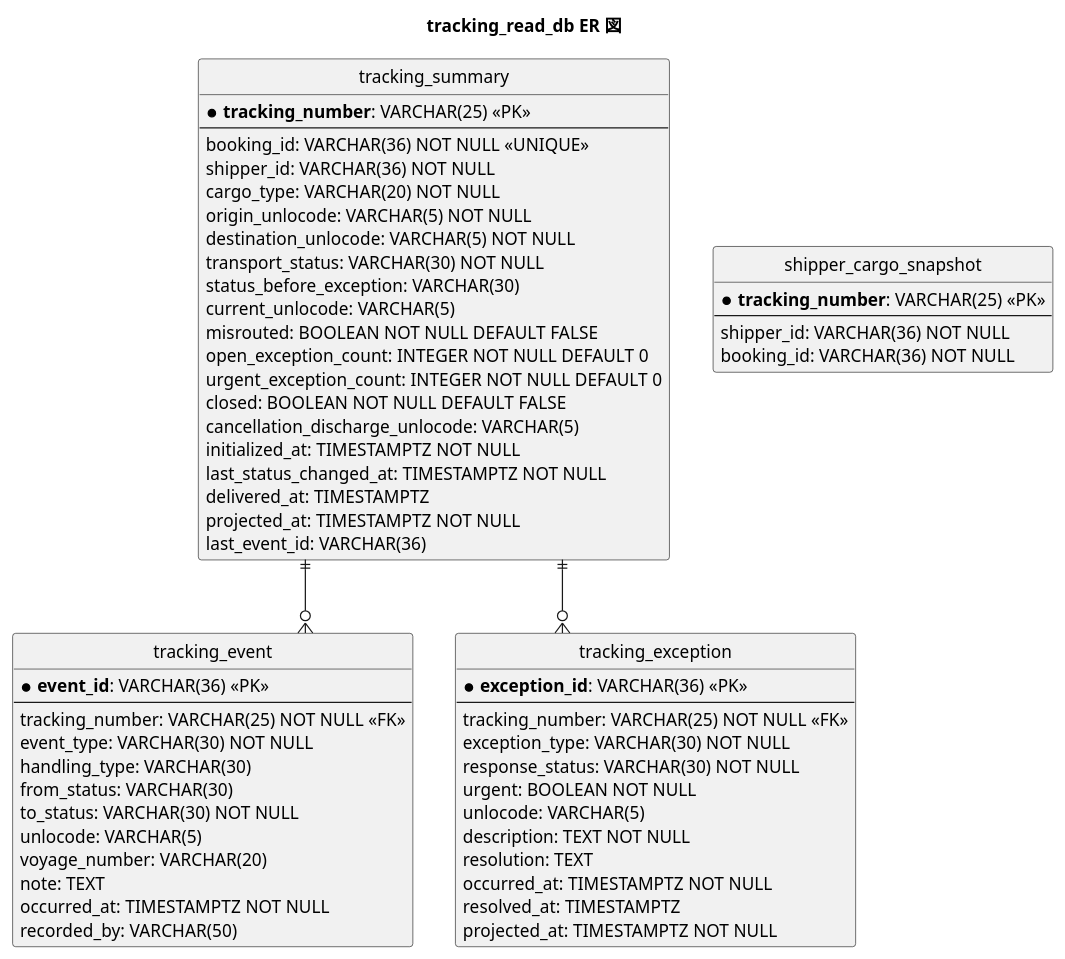
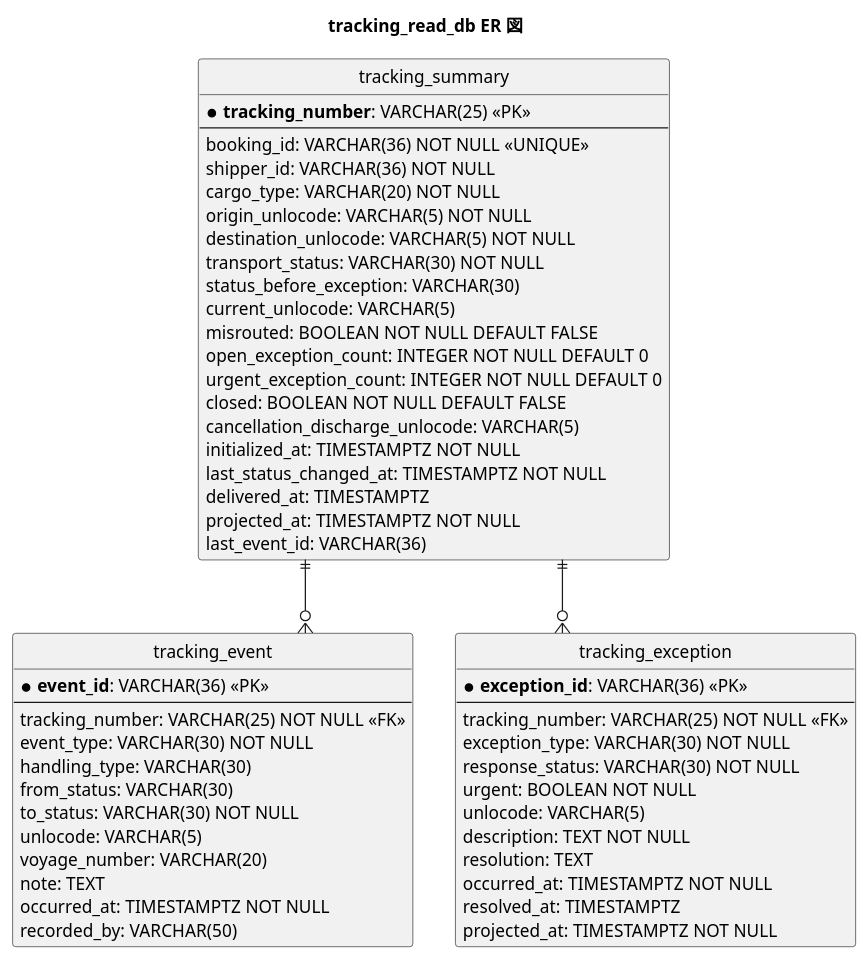
The sixth of 10 diagrams in docs/design/cargo-tracker/data-model.md (k2works/case-study-cargo-tracker), drawn with PlantUML before and after one commit. The commit also changed other lines of this file and 26 other files, not shown here.

````diff
--- a/docs/design/cargo-tracker/data-model.md
+++ b/docs/design/cargo-tracker/data-model.md
@@ -496,71 +496,64 @@
 ```plantuml
 @startuml
 title tracking_read_db ER 図
 
 hide circle
 skinparam linetype ortho
 
 entity "tracking_summary" as ts {
   * **tracking_number**: VARCHAR(25) <<PK>>
   --
   booking_id: VARCHAR(36) NOT NULL <<UNIQUE>>
   shipper_id: VARCHAR(36) NOT NULL
   cargo_type: VARCHAR(20) NOT NULL
   origin_unlocode: VARCHAR(5) NOT NULL
   destination_unlocode: VARCHAR(5) NOT NULL
   transport_status: VARCHAR(30) NOT NULL
   status_before_exception: VARCHAR(30)
   current_unlocode: VARCHAR(5)
   misrouted: BOOLEAN NOT NULL DEFAULT FALSE
   open_exception_count: INTEGER NOT NULL DEFAULT 0
   urgent_exception_count: INTEGER NOT NULL DEFAULT 0
   closed: BOOLEAN NOT NULL DEFAULT FALSE
   cancellation_discharge_unlocode: VARCHAR(5)
   initialized_at: TIMESTAMPTZ NOT NULL
   last_status_changed_at: TIMESTAMPTZ NOT NULL
   delivered_at: TIMESTAMPTZ
   projected_at: TIMESTAMPTZ NOT NULL
   last_event_id: VARCHAR(36)
 }
 
 entity "tracking_event" as te {
   * **event_id**: VARCHAR(36) <<PK>>
   --
   tracking_number: VARCHAR(25) NOT NULL <<FK>>
   event_type: VARCHAR(30) NOT NULL
   handling_type: VARCHAR(30)
   from_status: VARCHAR(30)
   to_status: VARCHAR(30) NOT NULL
   unlocode: VARCHAR(5)
   voyage_number: VARCHAR(20)
   note: TEXT
   occurred_at: TIMESTAMPTZ NOT NULL
   recorded_by: VARCHAR(50)
 }
 
 entity "tracking_exception" as tx {
   * **exception_id**: VARCHAR(36) <<PK>>
   --
   tracking_number: VARCHAR(25) NOT NULL <<FK>>
   exception_type: VARCHAR(30) NOT NULL
   response_status: VARCHAR(30) NOT NULL
   urgent: BOOLEAN NOT NULL
   unlocode: VARCHAR(5)
   description: TEXT NOT NULL
   resolution: TEXT
   occurred_at: TIMESTAMPTZ NOT NULL
   resolved_at: TIMESTAMPTZ
   projected_at: TIMESTAMPTZ NOT NULL
 }
 
-entity "shipper_cargo_snapshot" as scs {
-  * **tracking_number**: VARCHAR(25) <<PK>>
-  --
-  shipper_id: VARCHAR(36) NOT NULL
-  booking_id: VARCHAR(36) NOT NULL
-}
-
 ts ||--o{ te
 ts ||--o{ tx
 @enduml
 ```
````
